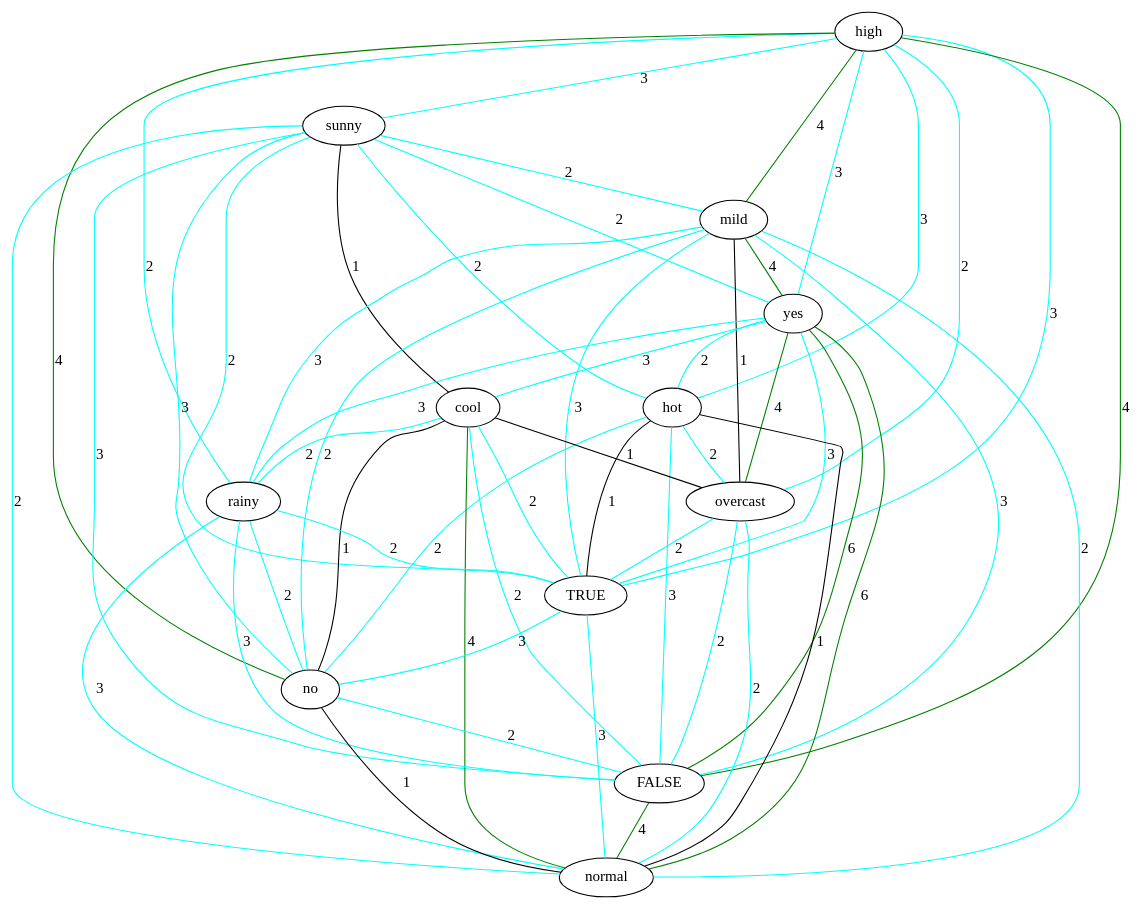
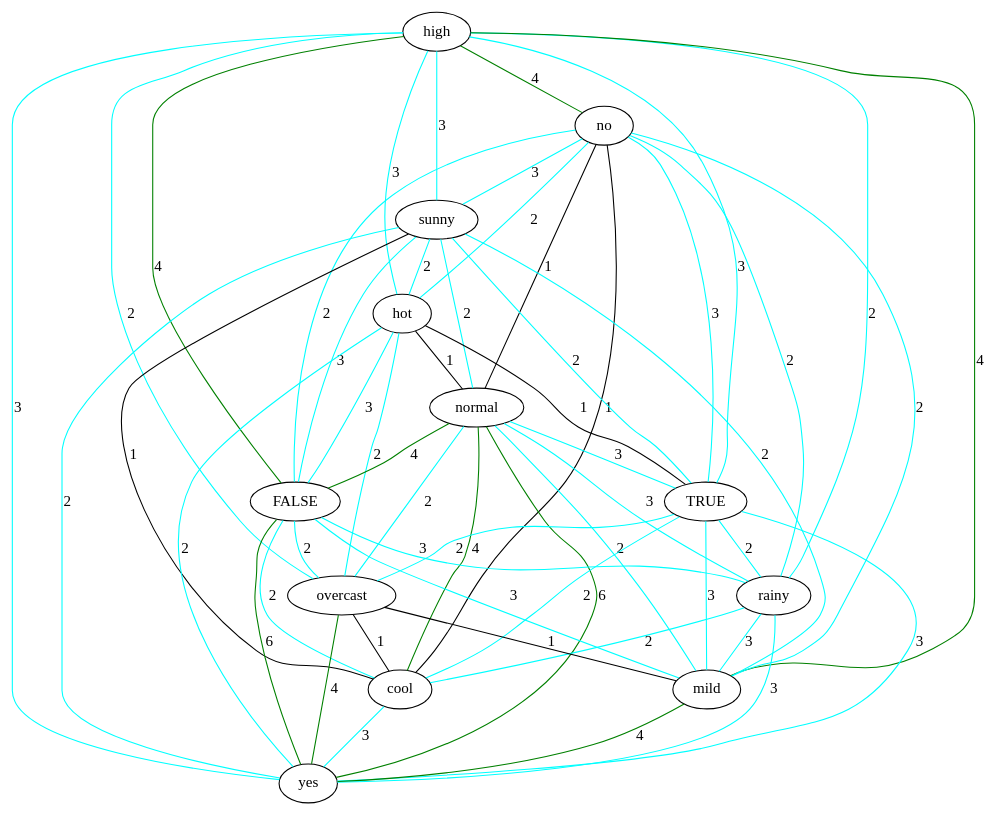
The diagram in src/final/exponentialGraph.dot (lrodrin/TFG), drawn with Graphviz before and after one commit. The commit also changed 41 other files, not shown here.

```diff
--- a/src/final/exponentialGraph.dot
+++ b/src/final/exponentialGraph.dot
@@ -1,68 +1,68 @@
 strict graph "" {
 high;
+no;
 sunny;
+hot;
+normal;
+FALSE;
+TRUE;
+rainy;
+overcast;
+cool;
 mild;
 yes;
-hot;
-cool;
-overcast;
-rainy;
-TRUE;
-no;
-FALSE;
-normal;
 high -- rainy  [color=cyan, label=2];
-high -- yes  [color=cyan, label=3];
+high -- hot  [color=cyan, label=3];
+high -- no  [color=green, label=4];
+high -- TRUE  [color=cyan, label=3];
+high -- FALSE  [color=green, label=4];
 high -- overcast  [color=cyan, label=2];
 high -- sunny  [color=cyan, label=3];
 high -- mild  [color=green, label=4];
-high -- hot  [color=cyan, label=3];
-high -- no  [color=green, label=4];
-high -- FALSE  [color=green, label=4];
-high -- TRUE  [color=cyan, label=3];
+high -- yes  [color=cyan, label=3];
+no -- mild  [color=cyan, label=2];
+no -- rainy  [color=cyan, label=2];
+no -- TRUE  [color=cyan, label=3];
+no -- FALSE  [color=cyan, label=2];
+no -- hot  [color=cyan, label=2];
+no -- sunny  [color=cyan, label=3];
+no -- cool  [color=black, label=1];
+no -- normal  [color=black, label=1];
+sunny -- TRUE  [color=cyan, label=2];
+sunny -- FALSE  [color=cyan, label=3];
+sunny -- hot  [color=cyan, label=2];
+sunny -- cool  [color=black, label=1];
 sunny -- mild  [color=cyan, label=2];
+sunny -- normal  [color=cyan, label=2];
 sunny -- yes  [color=cyan, label=2];
-sunny -- hot  [color=cyan, label=2];
-sunny -- no  [color=cyan, label=3];
-sunny -- normal  [color=cyan, label=2];
-sunny -- FALSE  [color=cyan, label=3];
-sunny -- cool  [color=black, label=1];
-sunny -- TRUE  [color=cyan, label=2];
-mild -- overcast  [color=black, label=1];
-mild -- TRUE  [color=cyan, label=3];
+hot -- TRUE  [color=black, label=1];
+hot -- FALSE  [color=cyan, label=3];
+hot -- overcast  [color=cyan, label=2];
+hot -- normal  [color=black, label=1];
+hot -- yes  [color=cyan, label=2];
+normal -- FALSE  [color=green, label=4];
+normal -- TRUE  [color=cyan, label=3];
+normal -- rainy  [color=cyan, label=3];
+normal -- overcast  [color=cyan, label=2];
+normal -- yes  [color=green, label=6];
+normal -- cool  [color=green, label=4];
+normal -- mild  [color=cyan, label=2];
+FALSE -- cool  [color=cyan, label=2];
+FALSE -- rainy  [color=cyan, label=3];
+FALSE -- yes  [color=green, label=6];
+FALSE -- overcast  [color=cyan, label=2];
+FALSE -- mild  [color=cyan, label=3];
+TRUE -- mild  [color=cyan, label=3];
+TRUE -- rainy  [color=cyan, label=2];
+TRUE -- overcast  [color=cyan, label=2];
+TRUE -- cool  [color=cyan, label=2];
+TRUE -- yes  [color=cyan, label=3];
+rainy -- yes  [color=cyan, label=3];
+rainy -- cool  [color=cyan, label=2];
+rainy -- mild  [color=cyan, label=3];
+overcast -- yes  [color=green, label=4];
+overcast -- cool  [color=black, label=1];
+overcast -- mild  [color=black, label=1];
+cool -- yes  [color=cyan, label=3];
 mild -- yes  [color=green, label=4];
-mild -- rainy  [color=cyan, label=3];
-mild -- no  [color=cyan, label=2];
-mild -- FALSE  [color=cyan, label=3];
-mild -- normal  [color=cyan, label=2];
-yes -- overcast  [color=green, label=4];
-yes -- rainy  [color=cyan, label=3];
-yes -- hot  [color=cyan, label=2];
-yes -- FALSE  [color=green, label=6];
-yes -- cool  [color=cyan, label=3];
-yes -- TRUE  [color=cyan, label=3];
-yes -- normal  [color=green, label=6];
-hot -- overcast  [color=cyan, label=2];
-hot -- TRUE  [color=black, label=1];
-hot -- no  [color=cyan, label=2];
-hot -- FALSE  [color=cyan, label=3];
-hot -- normal  [color=black, label=1];
-cool -- overcast  [color=black, label=1];
-cool -- rainy  [color=cyan, label=2];
-cool -- TRUE  [color=cyan, label=2];
-cool -- no  [color=black, label=1];
-cool -- FALSE  [color=cyan, label=2];
-cool -- normal  [color=green, label=4];
-overcast -- TRUE  [color=cyan, label=2];
-overcast -- FALSE  [color=cyan, label=2];
-overcast -- normal  [color=cyan, label=2];
-rainy -- TRUE  [color=cyan, label=2];
-rainy -- no  [color=cyan, label=2];
-rainy -- FALSE  [color=cyan, label=3];
-rainy -- normal  [color=cyan, label=3];
-TRUE -- no  [color=cyan, label=3];
-TRUE -- normal  [color=cyan, label=3];
-no -- FALSE  [color=cyan, label=2];
-no -- normal  [color=black, label=1];
-FALSE -- normal  [color=green, label=4];
 }
```
